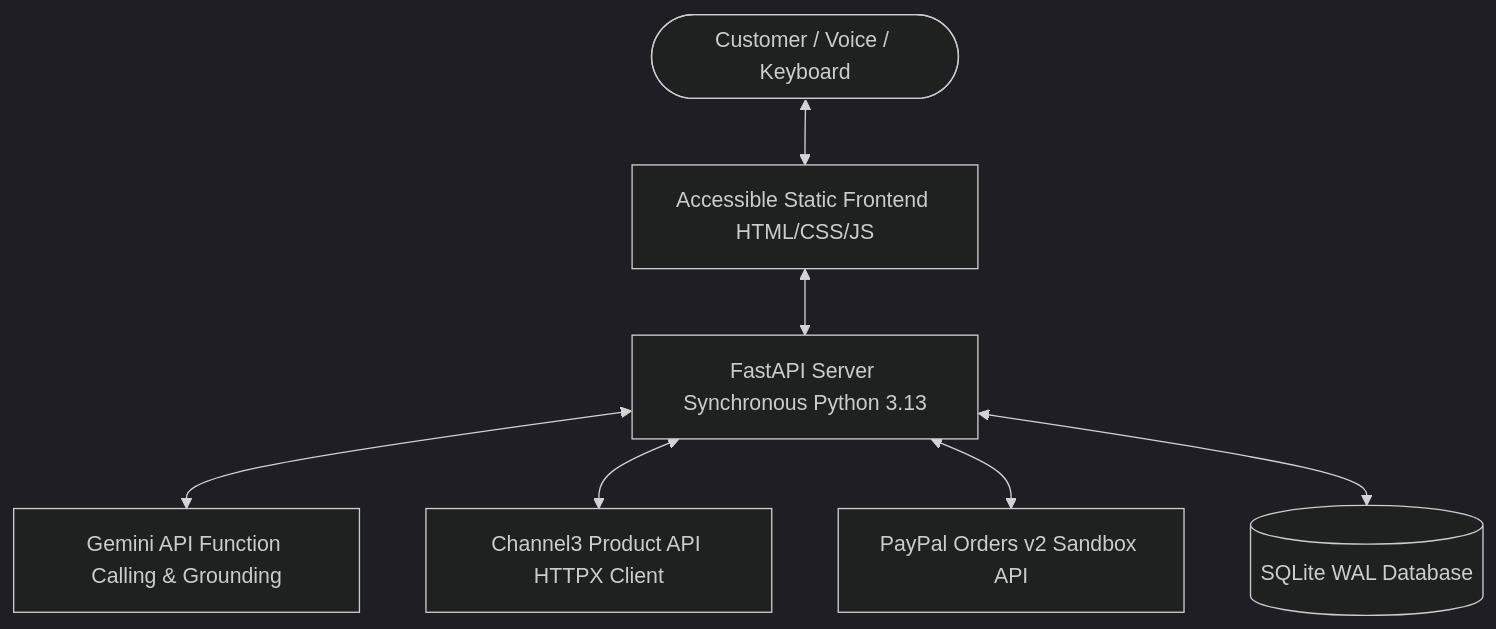
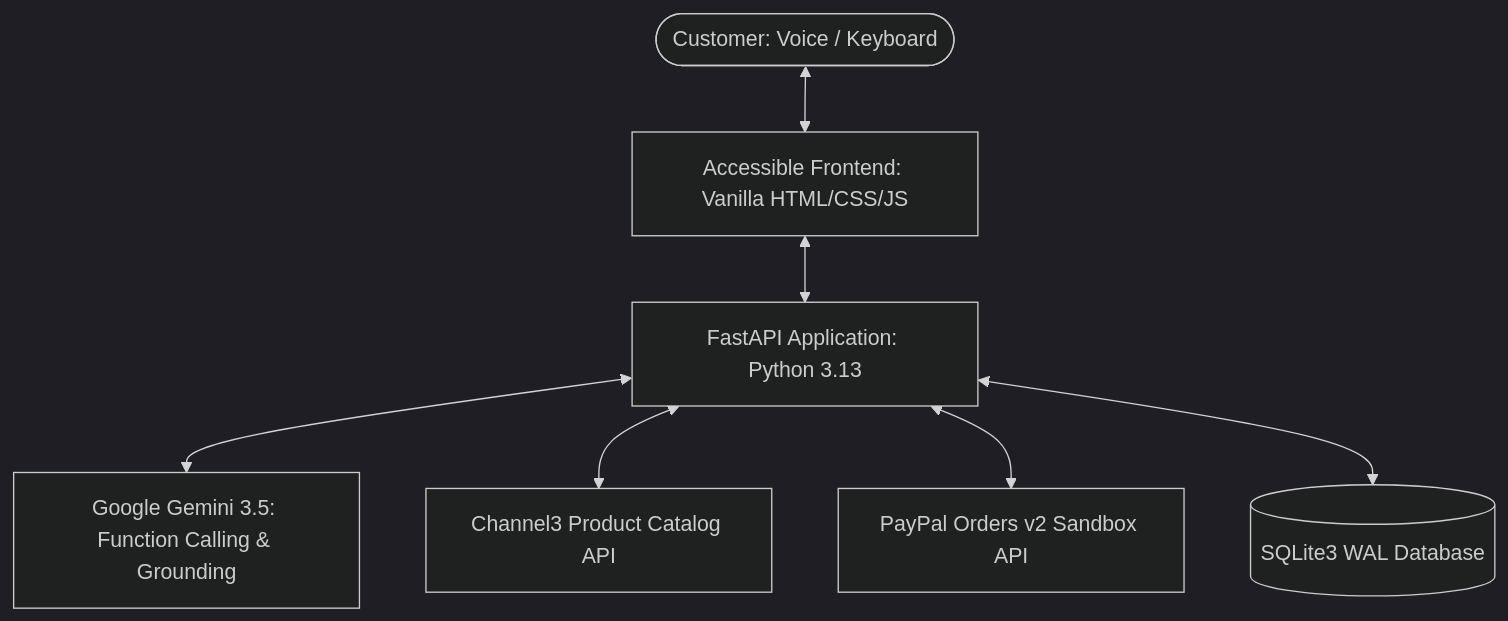
Before and after one commit to princebuilds/paypilot-ai-access: the diagram in README.md, drawn with Mermaid (dark theme). The commit also changed other lines of this file and 4 other files, not shown here.

````diff
--- a/README.md
+++ b/README.md
@@ -25,9 +62,9 @@
 ```mermaid
 flowchart TD
-  User([Customer / Voice / Keyboard]) <--> UI[Accessible Static Frontend HTML/CSS/JS]
-  UI <--> API[FastAPI Server Synchronous Python 3.13]
-  API <--> Gemini[Gemini API Function Calling & Grounding]
-  API <--> Channel3[Channel3 Product API HTTPX Client]
+  User([Customer: Voice / Keyboard]) <--> UI[Accessible Frontend: Vanilla HTML/CSS/JS]
+  UI <--> API[FastAPI Application: Python 3.13]
+  API <--> Gemini[Google Gemini 3.5: Function Calling & Grounding]
+  API <--> Channel3[Channel3 Product Catalog API]
   API <--> PayPal[PayPal Orders v2 Sandbox API]
-  API <--> DB[(SQLite WAL Database)]
+  API <--> DB[(SQLite3 WAL Database)]
 ```
````
